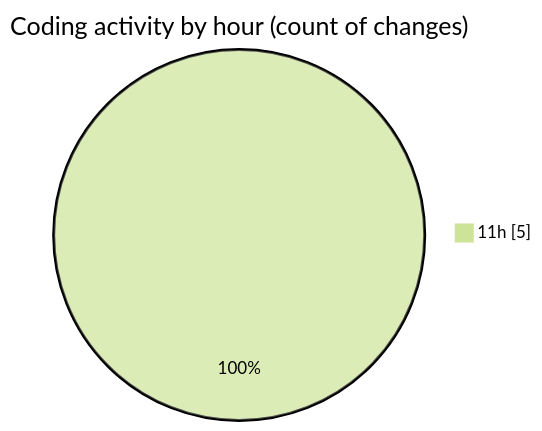
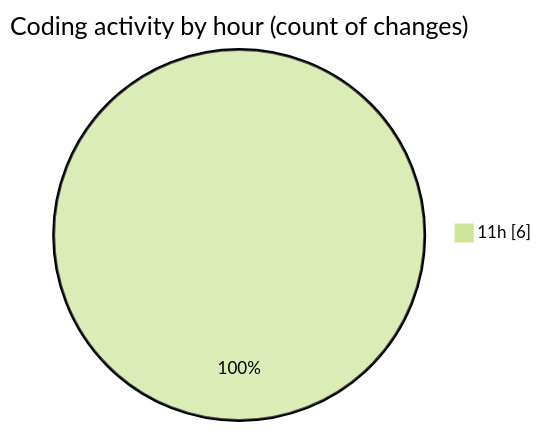
The second of 2 diagrams in 2025-05-12/cancelacionsegurosvida/README.md (jcpc91/code-tracking), drawn with Mermaid (forest theme) before and after one commit. The commit also changed other lines of this file and 1 other file, not shown here.

````diff
--- a/2025-05-12/cancelacionsegurosvida/README.md
+++ b/2025-05-12/cancelacionsegurosvida/README.md
@@ -31,5 +31,5 @@
 ```mermaid
 pie showData
 title Coding activity by hour (count of changes)
-"11h" : 5
+"11h" : 6
 ```
````
